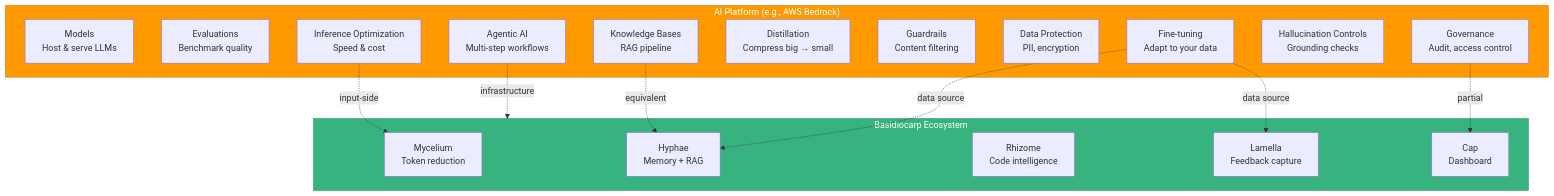
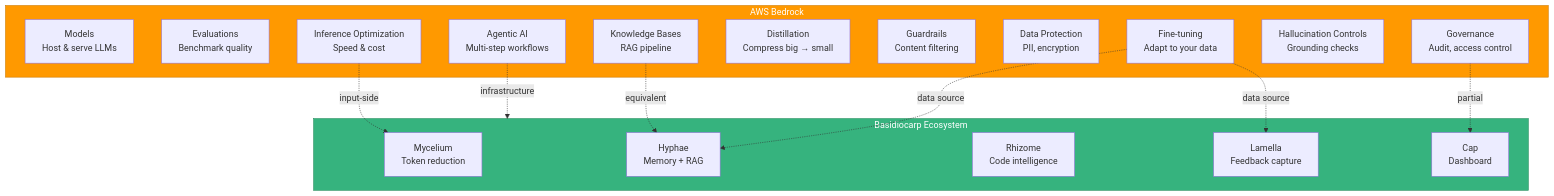
The third of 7 diagrams in docs/AI-CONCEPTS.md (basidiocarp/.github), drawn with Mermaid before and after one commit. The commit also changed other lines of this file, not shown here.

````diff
--- a/docs/AI-CONCEPTS.md
+++ b/docs/AI-CONCEPTS.md
@@ -7,34 +125,34 @@
 ```mermaid
 flowchart TD
-    subgraph Platform["AI Platform (e.g., AWS Bedrock)"]
+    subgraph Platform["AWS Bedrock"]
         Models["Models<br/>Host & serve LLMs"]
         Eval["Evaluations<br/>Benchmark quality"]
         Infer["Inference Optimization<br/>Speed & cost"]
         FT["Fine-tuning<br/>Adapt to your data"]
         KB["Knowledge Bases<br/>RAG pipeline"]
         Distill["Distillation<br/>Compress big → small"]
         Guard["Guardrails<br/>Content filtering"]
         DP["Data Protection<br/>PII, encryption"]
         Gov["Governance<br/>Audit, access control"]
         Halluc["Hallucination Controls<br/>Grounding checks"]
         Agents["Agentic AI<br/>Multi-step workflows"]
     end
 
     subgraph Basidiocarp["Basidiocarp Ecosystem"]
         Mycelium["Mycelium<br/>Token reduction"]
         Hyphae["Hyphae<br/>Memory + RAG"]
         Rhizome["Rhizome<br/>Code intelligence"]
         Lamella["Lamella<br/>Feedback capture"]
         Cap["Cap<br/>Dashboard"]
     end
 
     KB -.->|"equivalent"| Hyphae
     Infer -.->|"input-side"| Mycelium
     FT -.->|"data source"| Hyphae
     FT -.->|"data source"| Lamella
     Agents -.->|"infrastructure"| Basidiocarp
     Gov -.->|"partial"| Cap
 
     style Platform fill:#ff9900,stroke:#cc7a00,color:#fff
     style Basidiocarp fill:#36b37e,stroke:#1f8a5a,color:#fff
 ```
````
